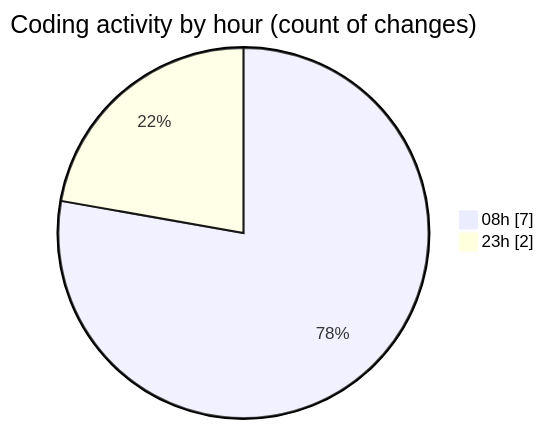
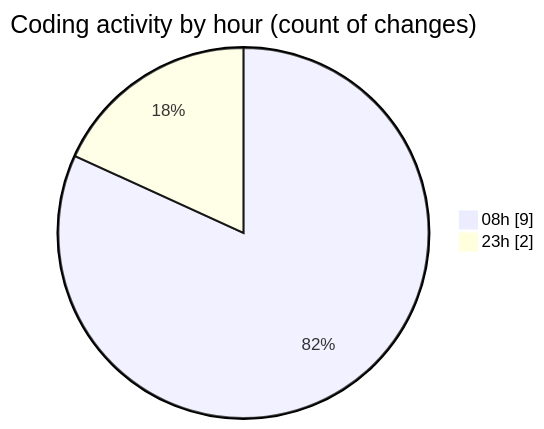
The second of 2 diagrams in 2025-05-05/niten/README.md (Elitesun/code-tracking), drawn with Mermaid before and after one commit. The commit also changed other lines of this file and 1 other file, not shown here.

````diff
--- a/2025-05-05/niten/README.md
+++ b/2025-05-05/niten/README.md
@@ -34,6 +35,6 @@
 ```mermaid
 pie showData
 title Coding activity by hour (count of changes)
-"08h" : 7
+"08h" : 9
 "23h" : 2
 ```
````
